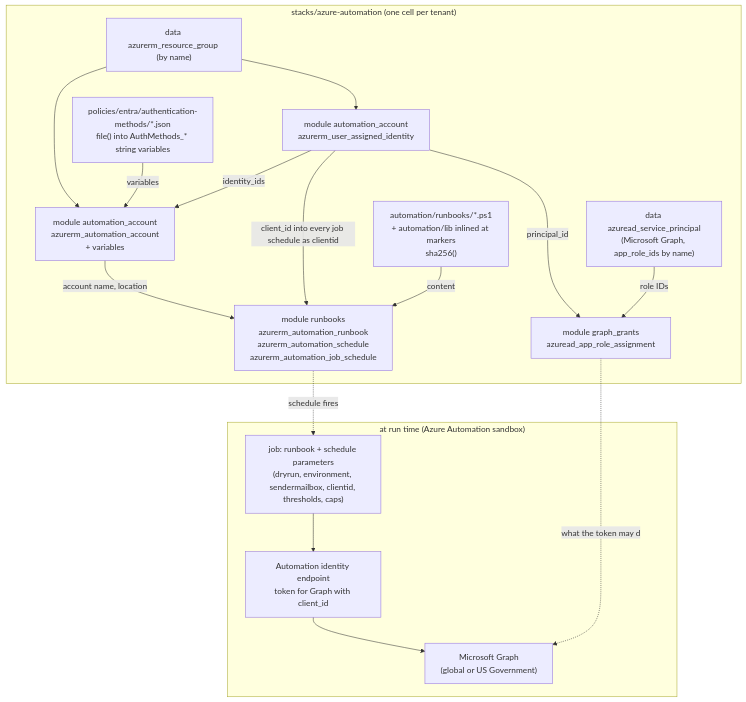
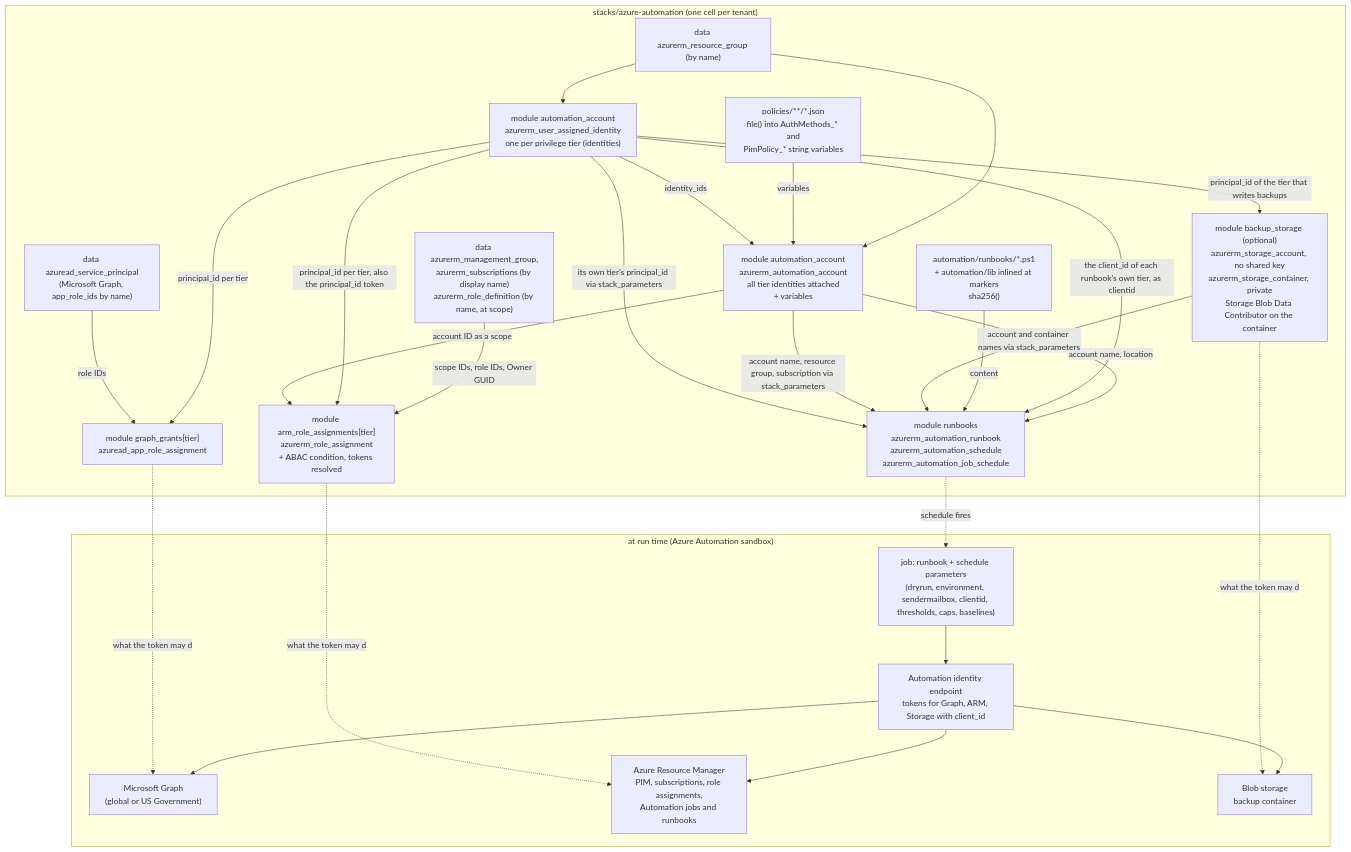
Before and after one commit to AdamFields1/identity-as-code: the fourth of 8 diagrams in docs/architecture.md, drawn with Mermaid. The commit also changed other lines of this file and 54 other files, not shown here.

````diff
--- a/docs/architecture.md
+++ b/docs/architecture.md
@@ -247,32 +281,49 @@
 ```mermaid
 flowchart TB
   subgraph auto["stacks/azure-automation (one cell per tenant)"]
     RG["data azurerm_resource_group (by name)"]
-    UAI["module automation_account\nazurerm_user_assigned_identity"]
-    AA["module automation_account\nazurerm_automation_account\n+ variables"]
+    UAI["module automation_account\nazurerm_user_assigned_identity\none per privilege tier (identities)"]
+    AA["module automation_account\nazurerm_automation_account\nall tier identities attached\n+ variables"]
     FILES["automation/runbooks/*.ps1\n+ automation/lib inlined at markers\nsha256()"]
-    DS["policies/entra/authentication-methods/*.json\nfile() into AuthMethods_* string variables"]
+    DS["policies/**/*.json\nfile() into AuthMethods_* and\nPimPolicy_* string variables"]
     RBK["module runbooks\nazurerm_automation_runbook\nazurerm_automation_schedule\nazurerm_automation_job_schedule"]
     GSP["data azuread_service_principal\n(Microsoft Graph, app_role_ids by name)"]
-    GRANT["module graph_grants\nazuread_app_role_assignment"]
+    GRANT["module graph_grants[tier]\nazuread_app_role_assignment"]
+    BST["module backup_storage (optional)\nazurerm_storage_account, no shared key\nazurerm_storage_container, private\nStorage Blob Data Contributor on the container"]
+    SCN["data azurerm_management_group,\nazurerm_subscriptions (by display name)\nazurerm_role_definition (by name, at scope)"]
+    RAS["module arm_role_assignments[tier]\nazurerm_role_assignment\n+ ABAC condition, tokens resolved"]
     RG --> UAI
     RG --> AA
     DS -->|variables| AA
     UAI -->|identity_ids| AA
     AA -->|account name, location| RBK
-    UAI -->|client_id into every job schedule as clientid| RBK
+    UAI -->|the client_id of each runbook's own tier, as clientid| RBK
     FILES -->|content| RBK
-    UAI -->|principal_id| GRANT
+    UAI -->|principal_id per tier| GRANT
     GSP -->|role IDs| GRANT
+    UAI -->|principal_id of the tier that writes backups| BST
+    BST -->|account and container names via stack_parameters| RBK
+    AA -->|account name, resource group, subscription via stack_parameters| RBK
+    UAI -->|its own tier's principal_id via stack_parameters| RBK
+    SCN -->|scope IDs, role IDs, Owner GUID| RAS
+    UAI -->|principal_id per tier, also the principal_id token| RAS
+    AA -->|account ID as a scope| RAS
   end
 
   subgraph run["at run time (Azure Automation sandbox)"]
-    JOB["job: runbook + schedule parameters\n(dryrun, environment, sendermailbox, clientid, thresholds, caps)"]
-    IDE["Automation identity endpoint\ntoken for Graph with client_id"]
+    JOB["job: runbook + schedule parameters\n(dryrun, environment, sendermailbox, clientid, thresholds, caps, baselines)"]
+    IDE["Automation identity endpoint\ntokens for Graph, ARM, Storage with client_id"]
     GRAPH["Microsoft Graph\n(global or US Government)"]
-    JOB --> IDE --> GRAPH
+    ARM["Azure Resource Manager\nPIM, subscriptions, role assignments,\nAutomation jobs and runbooks"]
+    BLOB["Blob storage\nbackup container"]
+    JOB --> IDE
+    IDE --> GRAPH
+    IDE --> ARM
+    IDE --> BLOB
   end
 
   RBK -.schedule fires.-> JOB
   GRANT -.what the token may do.-> GRAPH
+  RAS -.what the token may do.-> ARM
+  BST -.what the token may do.-> BLOB
 ```
````
